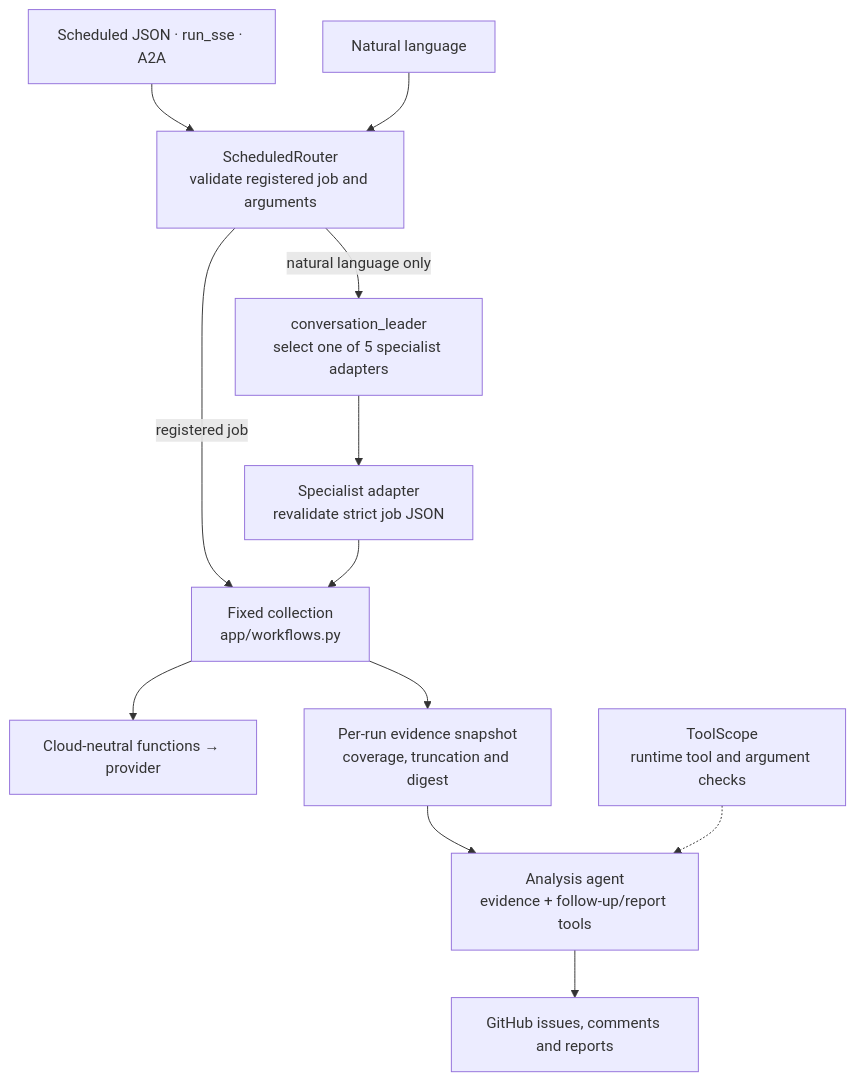
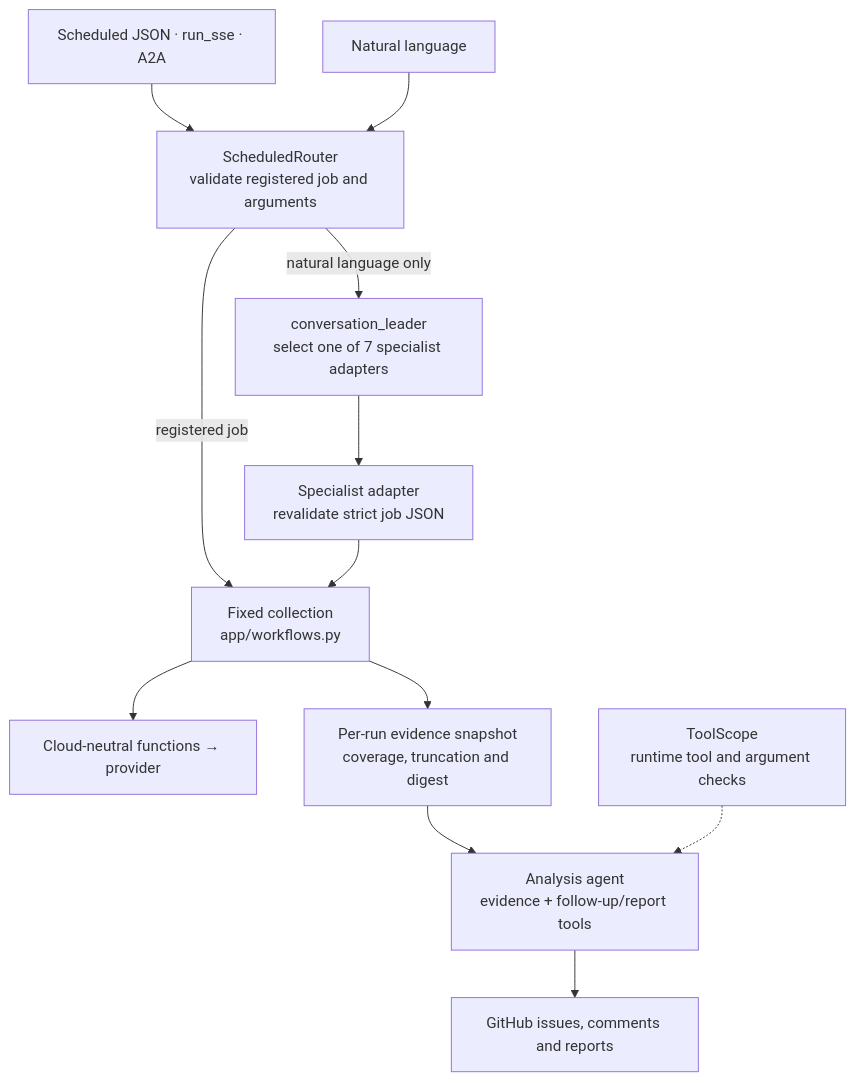
Before and after one commit to atsuki-sakai/cloud-ops-team: the second of 4 diagrams in docs/en/architecture.md, drawn with Mermaid. The commit also changed other lines of this file and 51 other files, not shown here.

````diff
--- a/docs/en/architecture.md
+++ b/docs/en/architecture.md
@@ -45,14 +50,14 @@
 ```mermaid
 flowchart TB
     JSON["Scheduled JSON · run_sse · A2A"] --> R["ScheduledRouter<br/>validate registered job and arguments"]
     NL["Natural language"] --> R
-    R -->|"natural language only"| L["conversation_leader<br/>select one of 5 specialist adapters"]
+    R -->|"natural language only"| L["conversation_leader<br/>select one of 7 specialist adapters"]
     L --> D["Specialist adapter<br/>revalidate strict job JSON"]
     R -->|"registered job"| W["Fixed collection<br/>app/workflows.py"]
     D --> W
     W --> P["Cloud-neutral functions → provider"]
     W --> E["Per-run evidence snapshot<br/>coverage, truncation and digest"]
     E --> A["Analysis agent<br/>evidence + follow-up/report tools"]
     B["ToolScope<br/>runtime tool and argument checks"] -.-> A
     A --> G["GitHub issues, comments and reports"]
 ```
````
